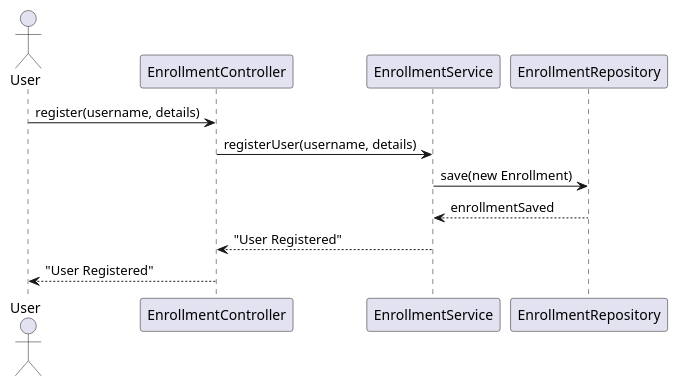
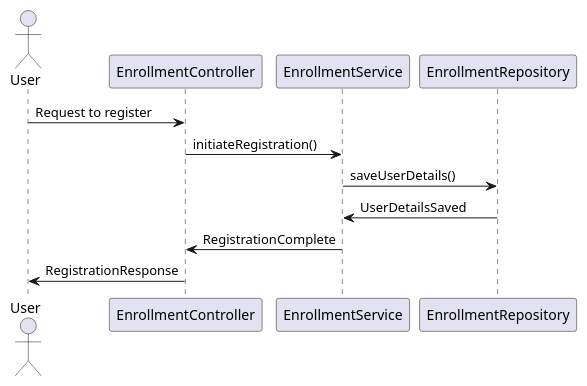
The first of 4 diagrams in enrollment/documentation/detaileddesign.adoc (Dinesh-s95/AutoDoc.ai), drawn with PlantUML before and after one commit. The commit also changed other lines of this file and 4 other files, not shown here.

```diff
--- a/enrollment/documentation/detaileddesign.adoc
+++ b/enrollment/documentation/detaileddesign.adoc
@@ -187,16 +110,16 @@
 [plantuml, user-registration-sequence, png]
 ----
-@startuml
+@startuml User Registration Sequence
 actor User
-participant "EnrollmentController" as Controller
-participant "EnrollmentService" as Service
-participant "EnrollmentRepository" as Repository
+participant EnrollmentController
+participant EnrollmentService
+participant EnrollmentRepository
 
-User -> Controller : register(username, details)
-Controller -> Service : registerUser(username, details)
-Service -> Repository : save(new Enrollment)
-Repository --> Service : enrollmentSaved
-Service --> Controller : "User Registered"
-Controller --> User : "User Registered"
+User -> EnrollmentController: Request to register
+EnrollmentController -> EnrollmentService: initiateRegistration()
+EnrollmentService -> EnrollmentRepository: saveUserDetails()
+EnrollmentRepository -> EnrollmentService: UserDetailsSaved
+EnrollmentService -> EnrollmentController: RegistrationComplete
+EnrollmentController -> User: RegistrationResponse
 @enduml
 ----
```
